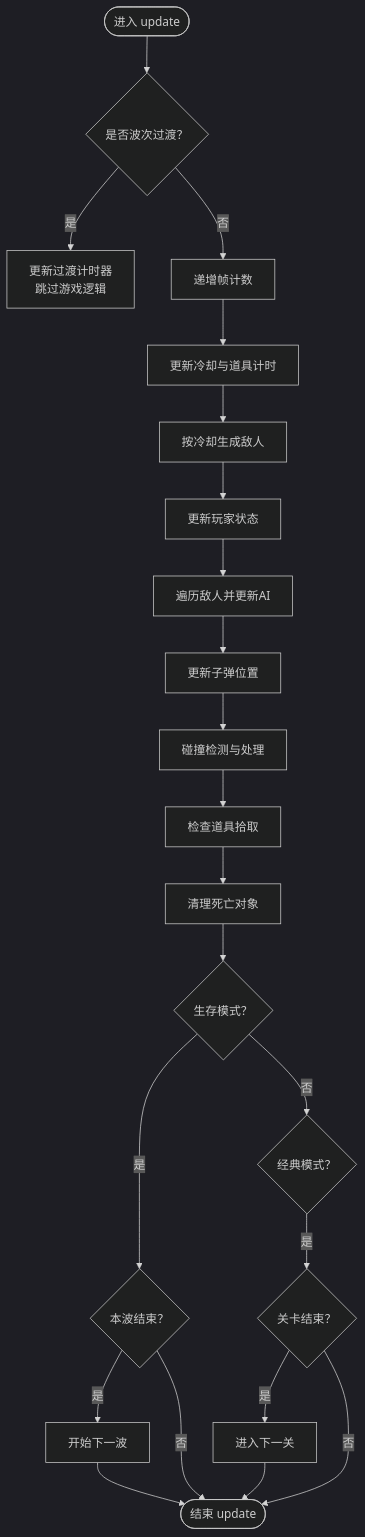
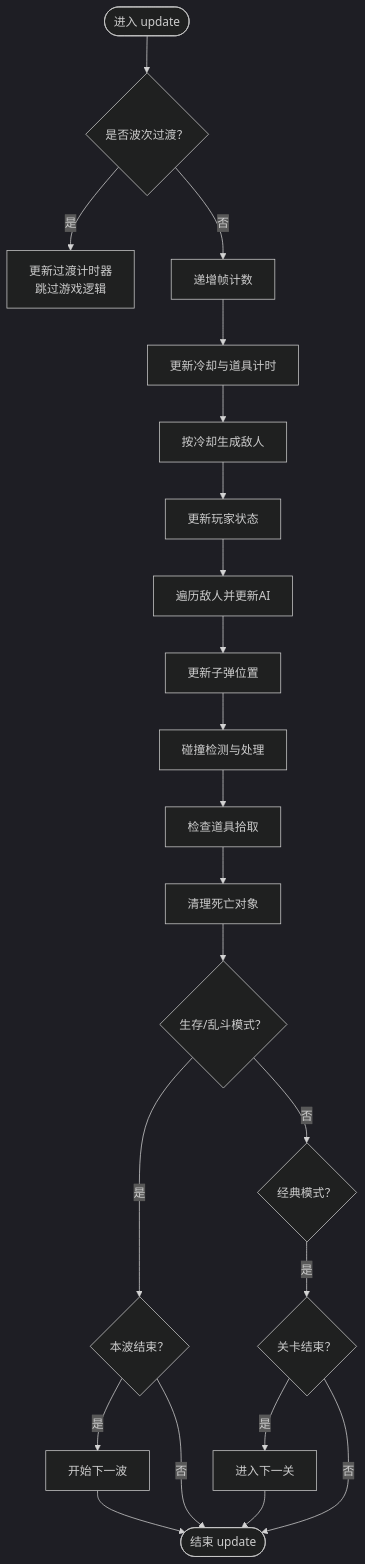
The fourth of 5 diagrams in .qoder/repowiki/zh/content/核心架构/Vue 组件架构.md (mrancc/reimagined-journey), drawn with Mermaid (dark theme) before and after one commit. The commit also changed other lines of this file and 3 other files, not shown here.

````diff
--- a/.qoder/repowiki/zh/content/核心架构/Vue 组件架构.md
+++ b/.qoder/repowiki/zh/content/核心架构/Vue 组件架构.md
@@ -200,24 +208,24 @@
 ```mermaid
 flowchart TD
 Start(["进入 update"]) --> CheckTransition{"是否波次过渡？"}
 CheckTransition --> |是| Transition["更新过渡计时器<br/>跳过游戏逻辑"]
 CheckTransition --> |否| FrameInc["递增帧计数"]
 FrameInc --> Cooldown["更新冷却与道具计时"]
 Cooldown --> Spawn["按冷却生成敌人"]
 Spawn --> Player["更新玩家状态"]
 Player --> Enemies["遍历敌人并更新AI"]
 Enemies --> Bullets["更新子弹位置"]
 Bullets --> Collisions["碰撞检测与处理"]
 Collisions --> Powerups["检查道具拾取"]
 Powerups --> Cleanup["清理死亡对象"]
-Cleanup --> SurvCheck{"生存模式？"}
+Cleanup --> SurvCheck{"生存/乱斗模式？"}
 SurvCheck --> |是| WaveDone{"本波结束？"}
 SurvCheck --> |否| ClassicDone{"经典模式？"}
 WaveDone --> |是| NextWave["开始下一波"]
 ClassicDone --> |是| LevelDone{"关卡结束？"}
 NextWave --> End(["结束 update"])
 LevelDone --> |是| NextLevel["进入下一关"]
 NextLevel --> End
 WaveDone --> |否| End
 LevelDone --> |否| End
 ```
````
